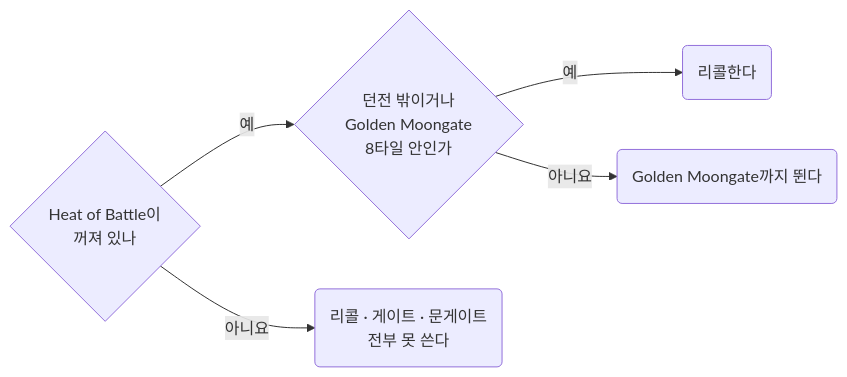
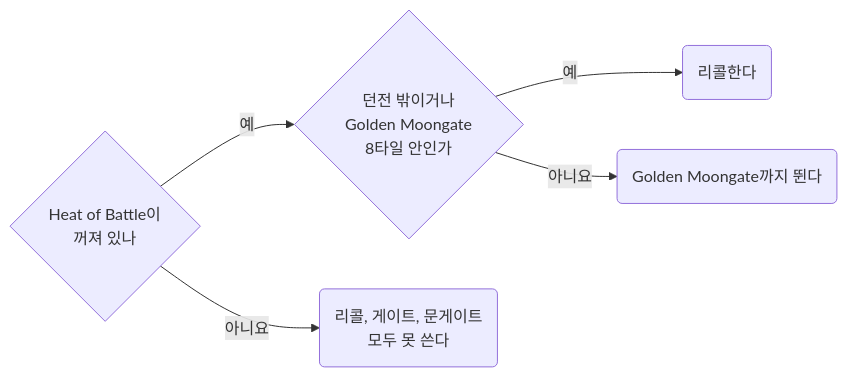
The diagram in document/game/pvp.md (minu-ha/uoo), drawn with Mermaid before and after one commit. The commit also changed other lines of this file, not shown here.

````diff
--- a/document/game/pvp.md
+++ b/document/game/pvp.md
@@ -90,6 +90,6 @@
 ```mermaid
 flowchart LR
   off{"Heat of Battle이<br>꺼져 있나"} -- 예 --> where{"던전 밖이거나<br>Golden Moongate<br>8타일 안인가"} -- 예 --> recall("리콜한다")
-  off -- 아니요 --> blocked("리콜 · 게이트 · 문게이트<br>전부 못 쓴다")
+  off -- 아니요 --> blocked("리콜, 게이트, 문게이트<br>모두 못 쓴다")
   where -- 아니요 --> run("Golden Moongate까지 뛴다")
 ```
````
